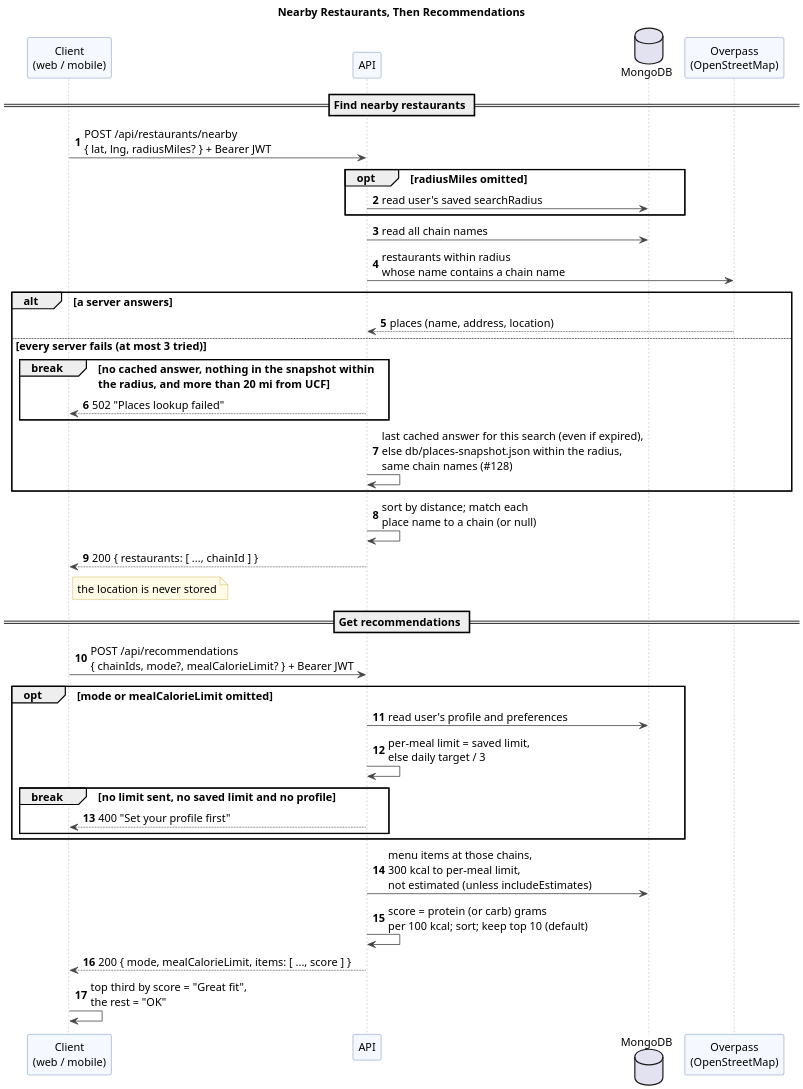
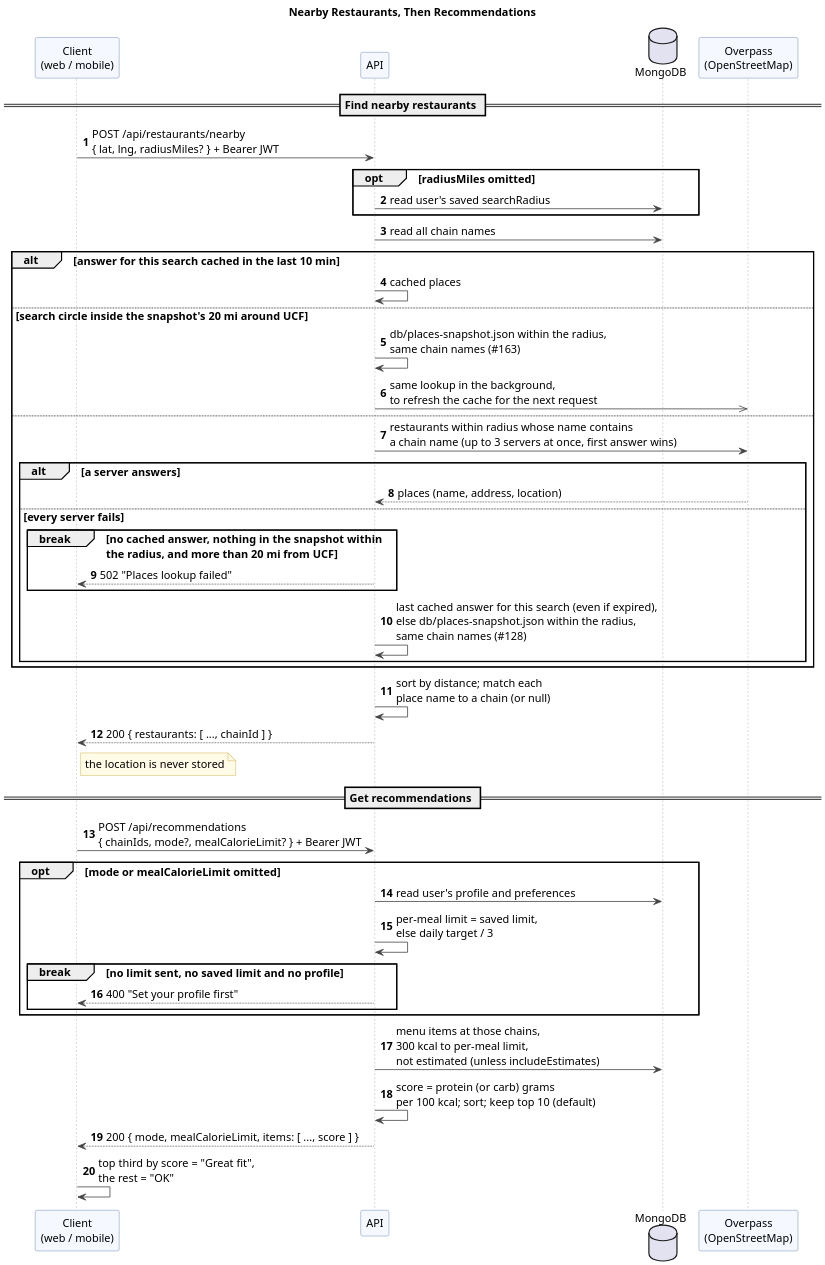
Before and after one commit to polter-dev/POOSD_large_proj: the diagram in docs/diagrams/sequence-recommendations.puml, drawn with PlantUML. The commit also changed 4 other files, not shown here.

Commit message:
Nearby: answer from the snapshot first near UCF, race Overpass servers elsewhere

```diff
--- a/docs/diagrams/sequence-recommendations.puml
+++ b/docs/diagrams/sequence-recommendations.puml
@@ -1,57 +1,64 @@
 @startuml sequence-recommendations
 ' Menu Macro Fitter -- nearby restaurants, then recommendations (issue #37)
 ' Call order from backend/src/controllers/restaurants.js and recommendations.js. The student is already logged in.
 
 skinparam defaultFontName Verdana
 scale 2
 skinparam defaultFontSize 14
 skinparam shadowing false
 skinparam ArrowColor #444444
 skinparam sequenceLifeLineBorderColor #999999
 skinparam sequenceParticipantBackgroundColor #F5F9FF
 skinparam sequenceParticipantBorderColor #4A6FA5
 skinparam noteBackgroundColor #FFFBE6
 skinparam noteBorderColor #C9A227
 autonumber
 
 title Nearby Restaurants, Then Recommendations
 
 participant "Client\n(web / mobile)" as Client
 participant API
 database MongoDB
 participant "Overpass\n(OpenStreetMap)" as Overpass
 
 == Find nearby restaurants ==
 Client -> API : POST /api/restaurants/nearby\n{ lat, lng, radiusMiles? } + Bearer JWT
 opt radiusMiles omitted
   API -> MongoDB : read user's saved searchRadius
 end
 API -> MongoDB : read all chain names
-API -> Overpass : restaurants within radius\nwhose name contains a chain name
-alt a server answers
-  Overpass --> API : places (name, address, location)
-else every server fails (at most 3 tried)
-  break no cached answer, nothing in the snapshot within\nthe radius, and more than 20 mi from UCF
-    API --> Client : 502 "Places lookup failed"
+alt answer for this search cached in the last 10 min
+  API -> API : cached places
+else search circle inside the snapshot's 20 mi around UCF
+  API -> API : db/places-snapshot.json within the radius,\nsame chain names (#163)
+  API ->> Overpass : same lookup in the background,\nto refresh the cache for the next request
+else
+  API -> Overpass : restaurants within radius whose name contains\na chain name (up to 3 servers at once, first answer wins)
+  alt a server answers
+    Overpass --> API : places (name, address, location)
+  else every server fails
+    break no cached answer, nothing in the snapshot within\nthe radius, and more than 20 mi from UCF
+      API --> Client : 502 "Places lookup failed"
+    end
+    API -> API : last cached answer for this search (even if expired),\nelse db/places-snapshot.json within the radius,\nsame chain names (#128)
   end
-  API -> API : last cached answer for this search (even if expired),\nelse db/places-snapshot.json within the radius,\nsame chain names (#128)
 end
 API -> API : sort by distance; match each\nplace name to a chain (or null)
 API --> Client : 200 { restaurants: [ ..., chainId ] }
 note right of Client : the location is never stored
 
 == Get recommendations ==
 Client -> API : POST /api/recommendations\n{ chainIds, mode?, mealCalorieLimit? } + Bearer JWT
 opt mode or mealCalorieLimit omitted
   API -> MongoDB : read user's profile and preferences
   API -> API : per-meal limit = saved limit,\nelse daily target / 3
   break no limit sent, no saved limit and no profile
     API --> Client : 400 "Set your profile first"
   end
 end
 API -> MongoDB : menu items at those chains,\n300 kcal to per-meal limit,\nnot estimated (unless includeEstimates)
 API -> API : score = protein (or carb) grams\nper 100 kcal; sort; keep top 10 (default)
 API --> Client : 200 { mode, mealCalorieLimit, items: [ ..., score ] }
 Client -> Client : top third by score = "Great fit",\nthe rest = "OK"
 
 @enduml
```
